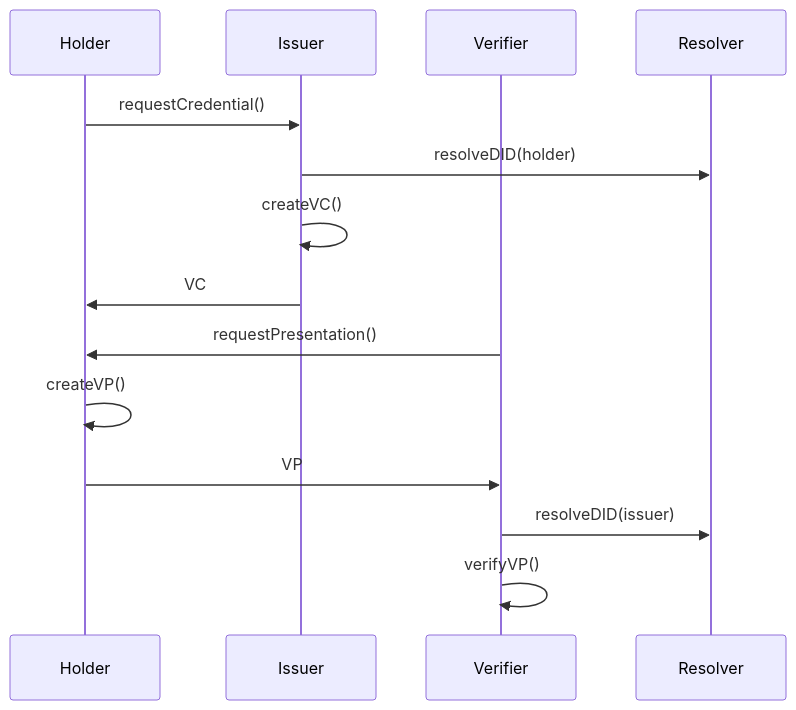
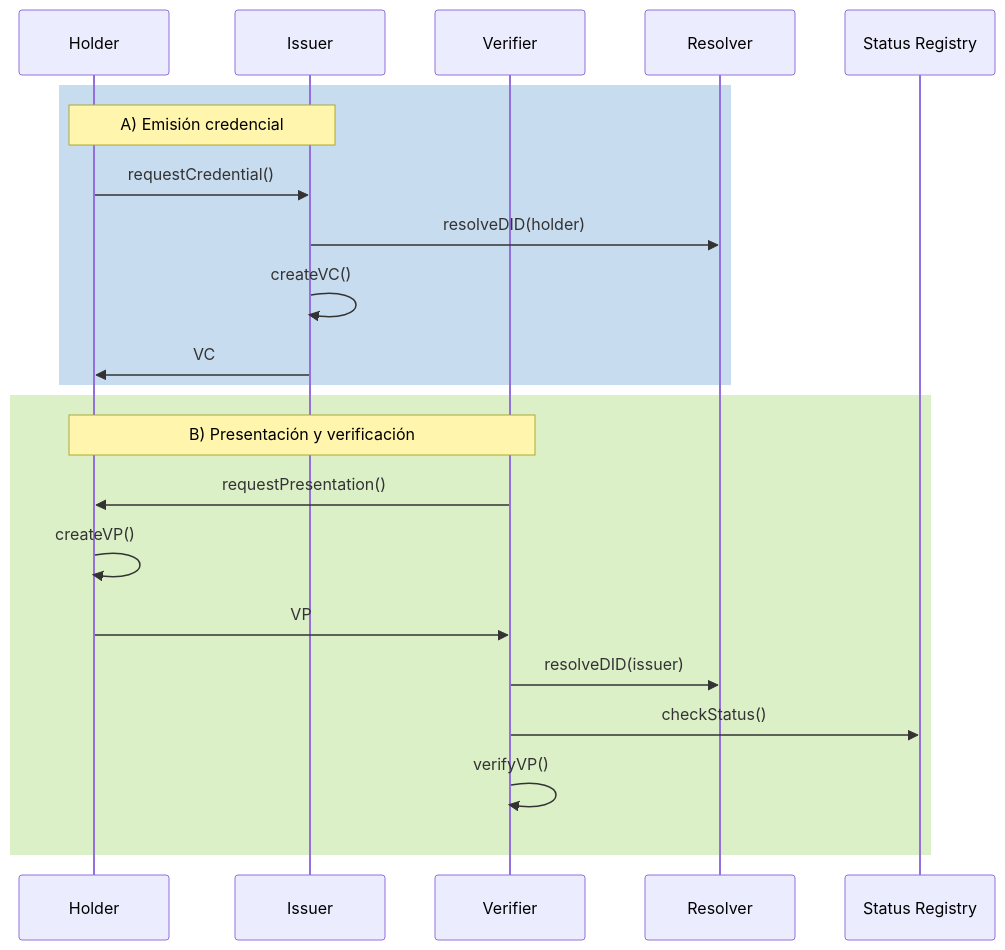
One commit to red-isbe/isbe-contracts changed the second of 6 diagrams in docs/erc-3643/02_patron_identidad_distribuida.md. Above: the diagram before and after it, drawn with Mermaid. The commit also changed other lines of this file and 1 other file, not shown here.

Commit message:
mejorar diagramas

````diff
--- a/docs/erc-3643/02_patron_identidad_distribuida.md
+++ b/docs/erc-3643/02_patron_identidad_distribuida.md
@@ -62,18 +52,26 @@
 ```mermaid
 sequenceDiagram
     participant H as Holder
     participant I as Issuer
     participant V as Verifier
     participant R as Resolver
+    participant S as Status Registry
 
-    H->>I: requestCredential()
-    I->>R: resolveDID(holder)
-    I->>I: createVC()
-    I->>H: VC
+    rect rgb(200, 220, 240)
+        Note over H,I: A) Emisión credencial
+        H->>I: requestCredential()
+        I->>R: resolveDID(holder)
+        I->>I: createVC()
+        I->>H: VC
+    end
 
-    V->>H: requestPresentation()
-    H->>H: createVP()
-    H->>V: VP
-    V->>R: resolveDID(issuer)
-    V->>V: verifyVP()
+    rect rgb(220, 240, 200)
+        Note over H,V: B) Presentación y verificación
+        V->>H: requestPresentation()
+        H->>H: createVP()
+        H->>V: VP
+        V->>R: resolveDID(issuer)
+        V->>S: checkStatus()
+        V->>V: verifyVP()
+    end
 ```
````
